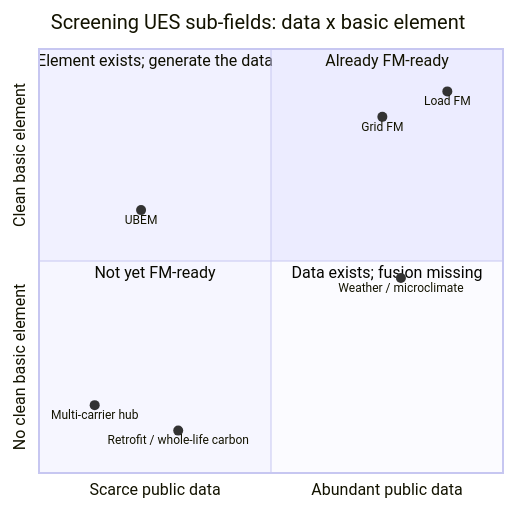
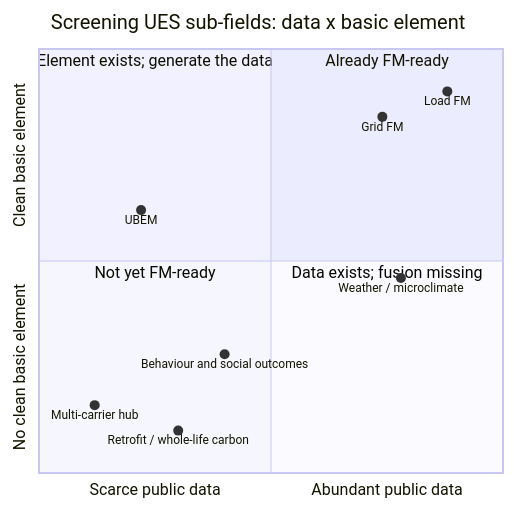
One commit to BartonChenTW/FM4UES changed the diagram in chapter-4-directions/index.md. Above: the diagram before and after it, drawn with Mermaid. The commit also changed other lines of this file and 15 other files, not shown here.

````diff
--- a/chapter-4-directions/index.md
+++ b/chapter-4-directions/index.md
@@ -20,16 +20,17 @@
 ```mermaid
 quadrantChart
     title Screening UES sub-fields: data x basic element
     x-axis Scarce public data --> Abundant public data
     y-axis No clean basic element --> Clean basic element
     quadrant-1 Already FM-ready
     quadrant-2 "Element exists; generate the data"
     quadrant-3 Not yet FM-ready
     quadrant-4 "Data exists; fusion missing"
     Load FM: [0.88, 0.90]
     Grid FM: [0.74, 0.84]
     Weather / microclimate: [0.78, 0.46]
     UBEM: [0.22, 0.62]
     Multi-carrier hub: [0.12, 0.16]
     Retrofit / whole-life carbon: [0.30, 0.10]
+    Behaviour and social outcomes: [0.40, 0.28]
 ```
````
